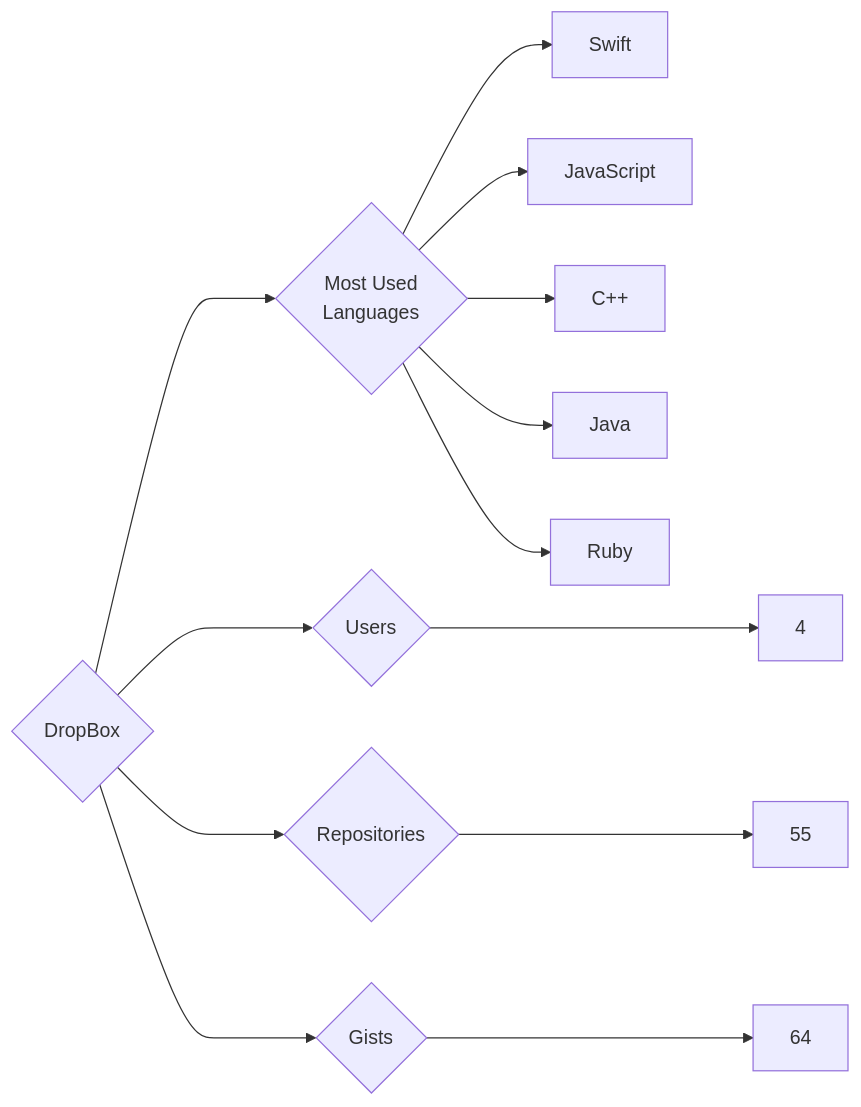
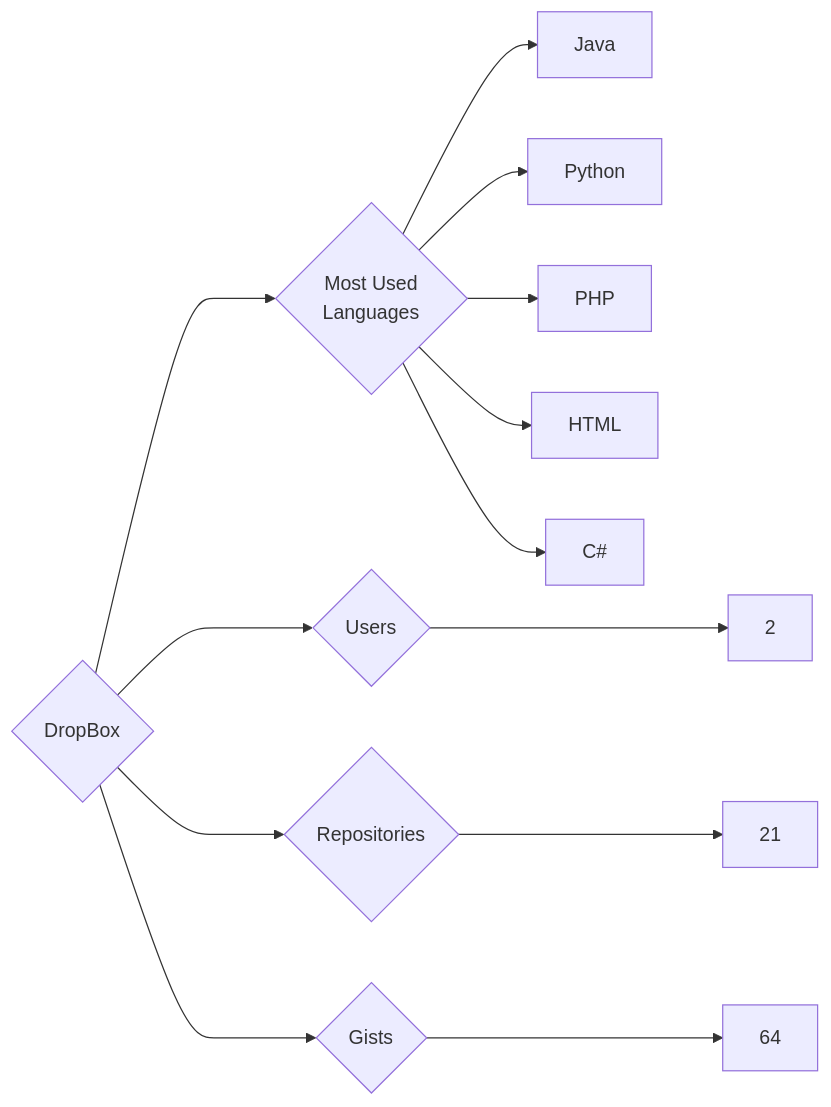
One commit to trickest/insiders changed the diagram in targets/DropBox/README.md. Above: the diagram before and after it, drawn with Mermaid. The commit also changed 724 other files, not shown here.

````diff
--- a/targets/DropBox/README.md
+++ b/targets/DropBox/README.md
@@ -3,13 +3,13 @@
 ```mermaid
 graph LR
 COMPANY_NAME{DropBox}
-COMPANY_NAME ---> U{Users} ---> UN[4]
-COMPANY_NAME ---> R{Repositories} ---> RN[55]
+COMPANY_NAME ---> U{Users} ---> UN[2]
+COMPANY_NAME ---> R{Repositories} ---> RN[21]
 COMPANY_NAME ---> G{Gists} ---> GN[64]
 COMPANY_NAME ---> ML{Most Used<br>Languages}
-ML --> Swift[Swift]
-ML --> JavaScript[JavaScript]
-ML --> C++[C++]
 ML --> Java[Java]
-ML --> Ruby[Ruby]
+ML --> Python[Python]
+ML --> PHP[PHP]
+ML --> HTML[HTML]
+ML --> C#[C#]
 ```
````
